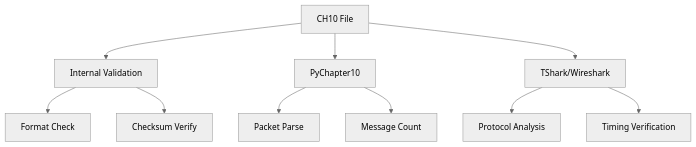
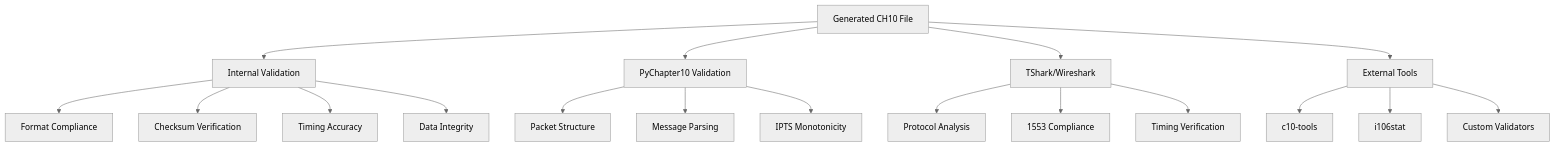
Before and after one commit to Anthonymm0994/ch10-1553-flightgen: the fifth of 8 diagrams in high_level_docs/LEVEL_1_HIGH_LEVEL_OVERVIEW.md, drawn with Mermaid (neutral theme). The commit also changed other lines of this file and 2 other files, not shown here.

````diff
--- a/high_level_docs/LEVEL_1_HIGH_LEVEL_OVERVIEW.md
+++ b/high_level_docs/LEVEL_1_HIGH_LEVEL_OVERVIEW.md
@@ -215,15 +245,24 @@
 ```mermaid
 graph TD
-    CH10[CH10 File] --> V1[Internal Validation]
-    CH10 --> V2[PyChapter10]
+    CH10[Generated CH10 File] --> V1[Internal Validation]
+    CH10 --> V2[PyChapter10 Validation]
     CH10 --> V3[TShark/Wireshark]
+    CH10 --> V4[External Tools]
     
-    V1 --> R1[Format Check]
-    V1 --> R2[Checksum Verify]
+    V1 --> R1[Format Compliance]
+    V1 --> R2[Checksum Verification]
+    V1 --> R3[Timing Accuracy]
+    V1 --> R4[Data Integrity]
     
-    V2 --> R3[Packet Parse]
-    V2 --> R4[Message Count]
+    V2 --> R5[Packet Structure]
+    V2 --> R6[Message Parsing]
+    V2 --> R7[IPTS Monotonicity]
     
-    V3 --> R5[Protocol Analysis]
-    V3 --> R6[Timing Verification]
+    V3 --> R8[Protocol Analysis]
+    V3 --> R9[1553 Compliance]
+    V3 --> R10[Timing Verification]
+    
+    V4 --> R11[c10-tools]
+    V4 --> R12[i106stat]
+    V4 --> R13[Custom Validators]
 ```
````
